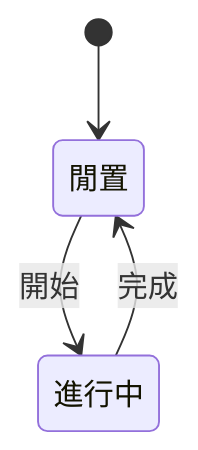
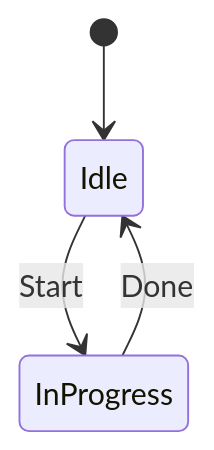
The third of 3 diagrams in Fixtures/mermaid.md (iCross/mdview), drawn with Mermaid before and after one commit. The commit also changed other lines of this file and 18 other files, not shown here.

````diff
--- a/Fixtures/mermaid.md
+++ b/Fixtures/mermaid.md
@@ -22,6 +22,6 @@
 ```mermaid
 stateDiagram-v2
-  [*] --> 閒置
-  閒置 --> 進行中: 開始
-  進行中 --> 閒置: 完成
+  [*] --> Idle
+  Idle --> InProgress: Start
+  InProgress --> Idle: Done
 ```
````
